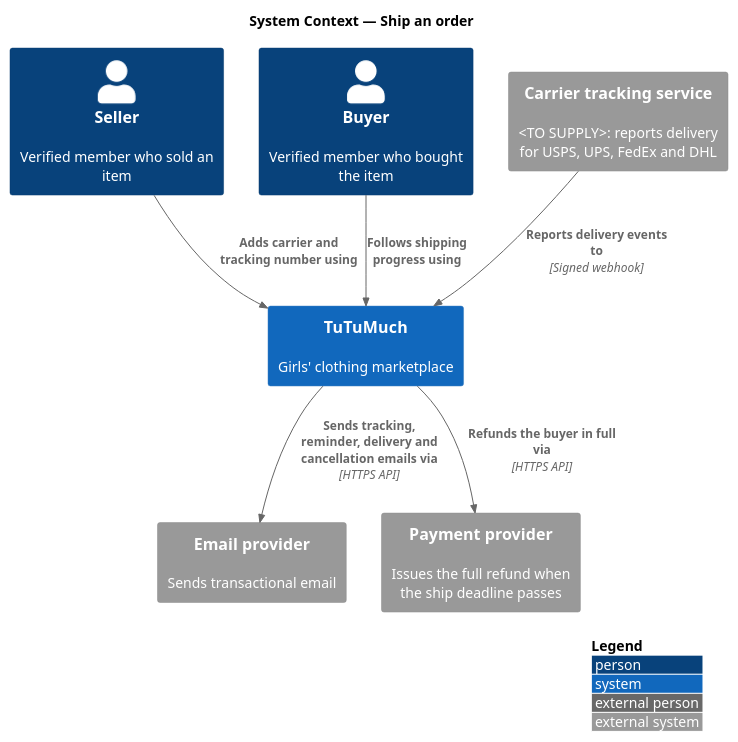
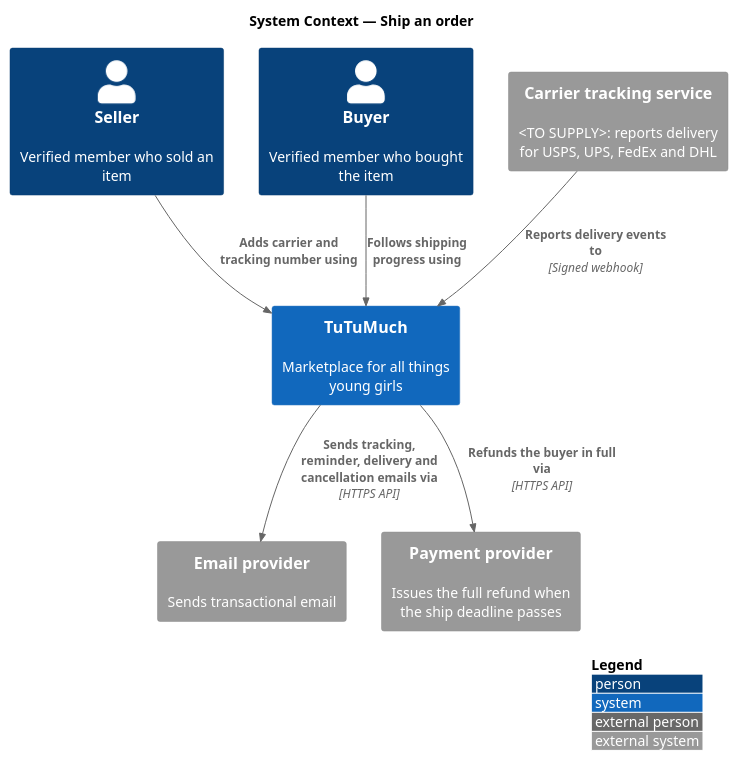
The diagram in docs/detailed-designs/orders/ship-order/diagrams/c4-context.puml (QuinntyneBrown/tutumuch), drawn with PlantUML before and after one commit. The commit also changed 413 other files, not shown here.

First line of the commit message:
Broaden TuTuMuch to all things girls

```diff
--- a/docs/detailed-designs/orders/ship-order/diagrams/c4-context.puml
+++ b/docs/detailed-designs/orders/ship-order/diagrams/c4-context.puml
@@ -1,18 +1,18 @@
 @startuml
 !include <C4/C4_Context>
 LAYOUT_WITH_LEGEND()
 title System Context — Ship an order
 
 Person(seller, "Seller", "Verified member who sold an item")
 Person(buyer, "Buyer", "Verified member who bought the item")
-System(tutumuch, "TuTuMuch", "Girls' clothing marketplace")
+System(tutumuch, "TuTuMuch", "Marketplace for all things young girls")
 System_Ext(email, "Email provider", "Sends transactional email")
 System_Ext(carrier, "Carrier tracking service", "<TO SUPPLY>: reports delivery for USPS, UPS, FedEx and DHL")
 System_Ext(pay, "Payment provider", "Issues the full refund when the ship deadline passes")
 
 Rel(seller, tutumuch, "Adds carrier and tracking number using")
 Rel(buyer, tutumuch, "Follows shipping progress using")
 Rel(tutumuch, email, "Sends tracking, reminder, delivery and cancellation emails via", "HTTPS API")
 Rel(carrier, tutumuch, "Reports delivery events to", "Signed webhook")
 Rel(tutumuch, pay, "Refunds the buyer in full via", "HTTPS API")
 @enduml
```
